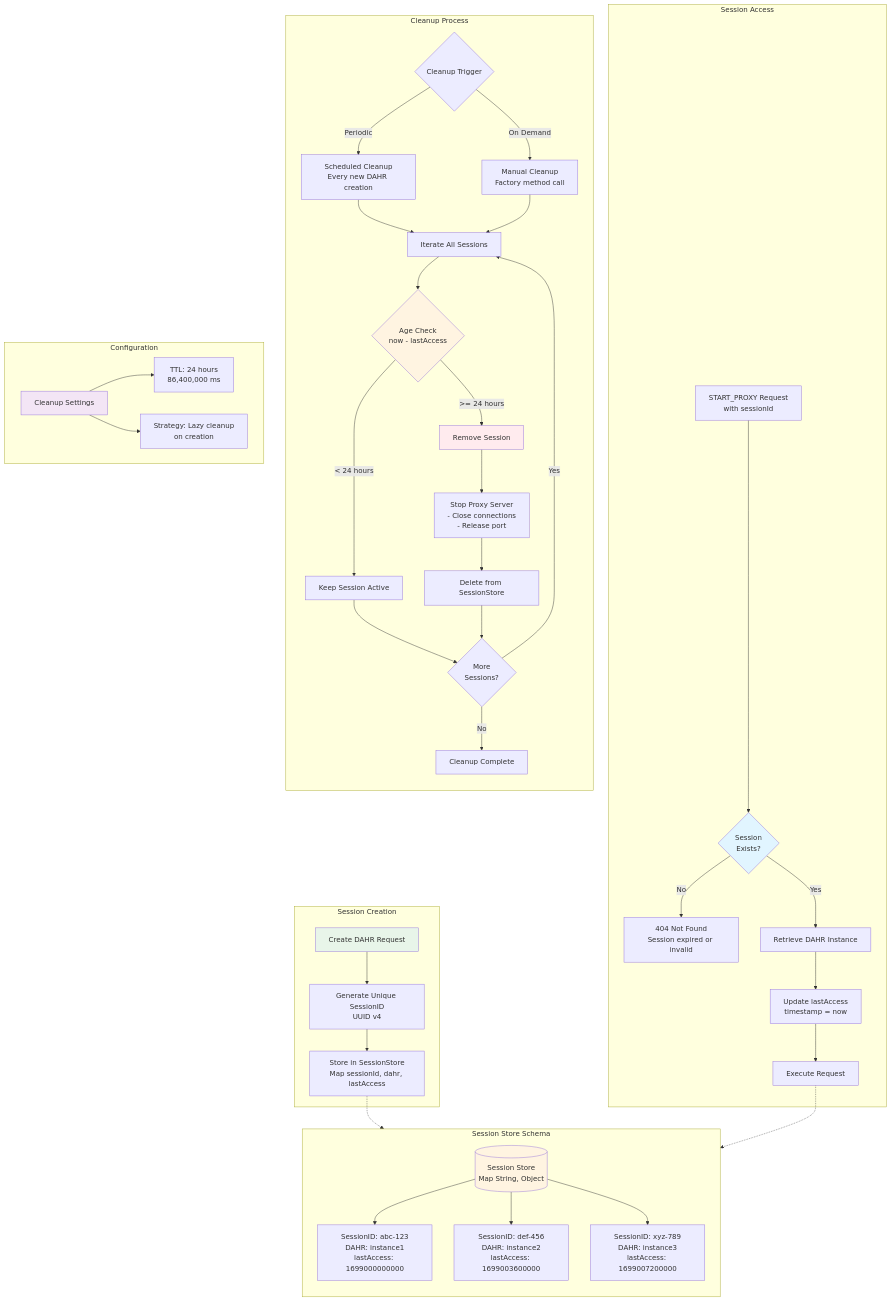
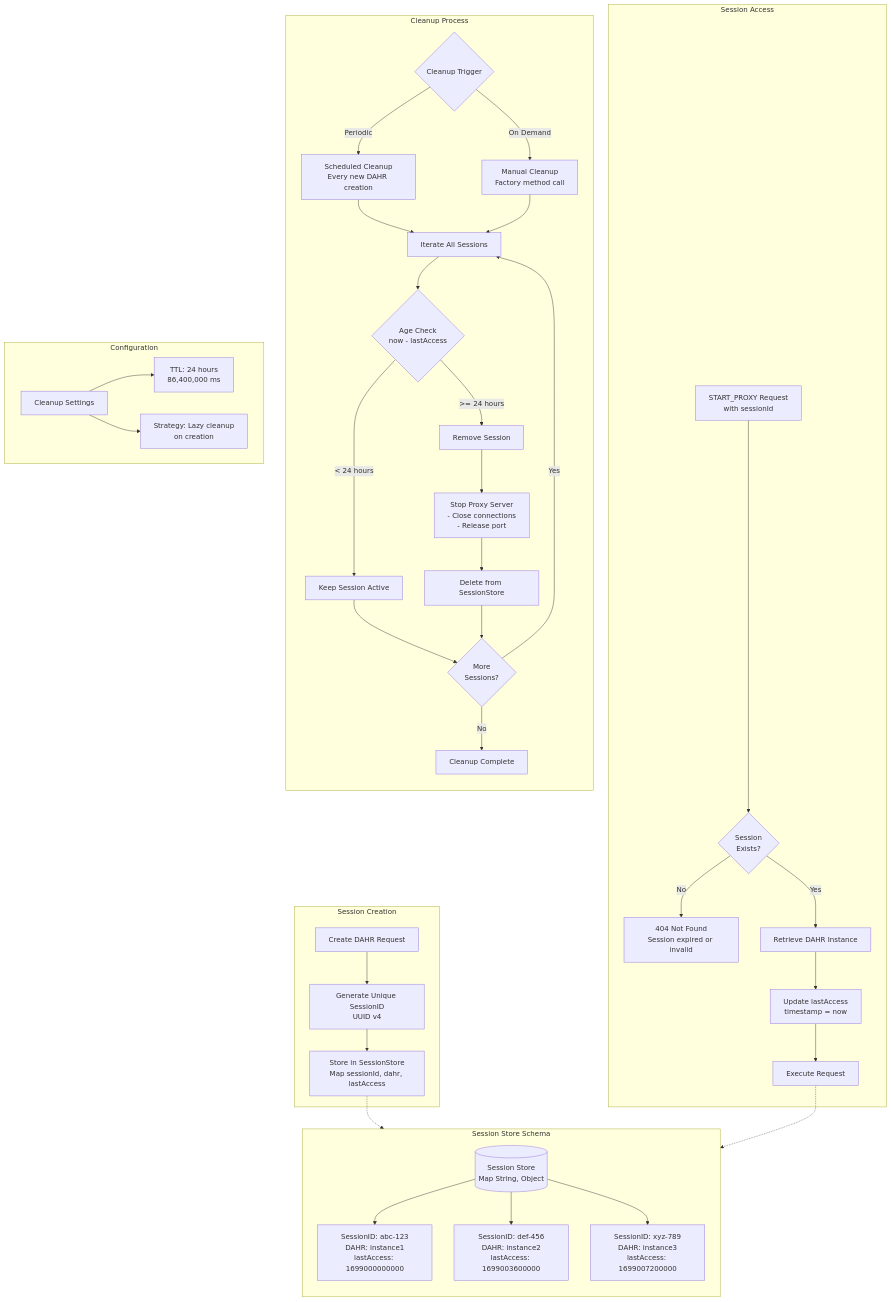
One commit to kynesyslabs/demos_network_technical_documentation changed the fifth of 10 diagrams in web2-integration/WEB2_DAHR.md. Above: the diagram before and after it, drawn with Mermaid. The commit also changed other lines of this file and 24 other files, not shown here.

````diff
--- a/web2-integration/WEB2_DAHR.md
+++ b/web2-integration/WEB2_DAHR.md
@@ -283,61 +265,55 @@
 ```mermaid
 flowchart TB
     subgraph "Session Creation"
         CreateReq[Create DAHR Request] --> GenSession[Generate Unique SessionID<br/>UUID v4]
         GenSession --> StoreSession[Store in SessionStore<br/>Map sessionId, dahr, lastAccess]
     end
 
     subgraph "Session Store Schema"
         direction TB
         SessionMap[(Session Store<br/>Map String, Object)]
         SessionMap --> Entry1[SessionID: abc-123<br/>DAHR: instance1<br/>lastAccess: 1699000000000]
         SessionMap --> Entry2[SessionID: def-456<br/>DAHR: instance2<br/>lastAccess: 1699003600000]
         SessionMap --> Entry3[SessionID: xyz-789<br/>DAHR: instance3<br/>lastAccess: 1699007200000]
     end
 
     subgraph "Session Access"
         UseReq[START_PROXY Request<br/>with sessionId] --> Lookup{Session<br/>Exists?}
         Lookup -->|No| Error404[404 Not Found<br/>Session expired or invalid]
         Lookup -->|Yes| GetDAHR[Retrieve DAHR Instance]
         GetDAHR --> UpdateAccess[Update lastAccess<br/>timestamp = now]
         UpdateAccess --> Execute[Execute Request]
     end
 
     subgraph "Cleanup Process"
         direction TB
         Trigger{Cleanup Trigger} -->|Periodic| ScheduledCleanup[Scheduled Cleanup<br/>Every new DAHR creation]
         Trigger -->|On Demand| ManualCleanup[Manual Cleanup<br/>Factory method call]
 
         ScheduledCleanup --> IterateSessions[Iterate All Sessions]
         ManualCleanup --> IterateSessions
 
         IterateSessions --> CheckAge{Age Check<br/>now - lastAccess}
 
         CheckAge -->|< 24 hours| Keep[Keep Session Active]
         CheckAge -->|>= 24 hours| Remove[Remove Session]
 
         Remove --> StopProxy[Stop Proxy Server<br/>- Close connections<br/>- Release port]
         StopProxy --> DeleteEntry[Delete from SessionStore]
 
         Keep --> NextSession{More<br/>Sessions?}
         DeleteEntry --> NextSession
         NextSession -->|Yes| IterateSessions
         NextSession -->|No| CleanupDone[Cleanup Complete]
     end
 
     subgraph "Configuration"
         Config[Cleanup Settings]
         Config --> TTL[TTL: 24 hours<br/>86,400,000 ms]
         Config --> Strategy[Strategy: Lazy cleanup<br/>on creation]
     end
 
     StoreSession -.-> SessionMap
     Execute -.-> SessionMap
 
-    style CreateReq fill:#e8f5e9
-    style SessionMap fill:#fff4e1
-    style Lookup fill:#e1f5ff
-    style CheckAge fill:#fff4e1
-    style Remove fill:#ffebee
-    style Config fill:#f3e5f5
 ```
````
